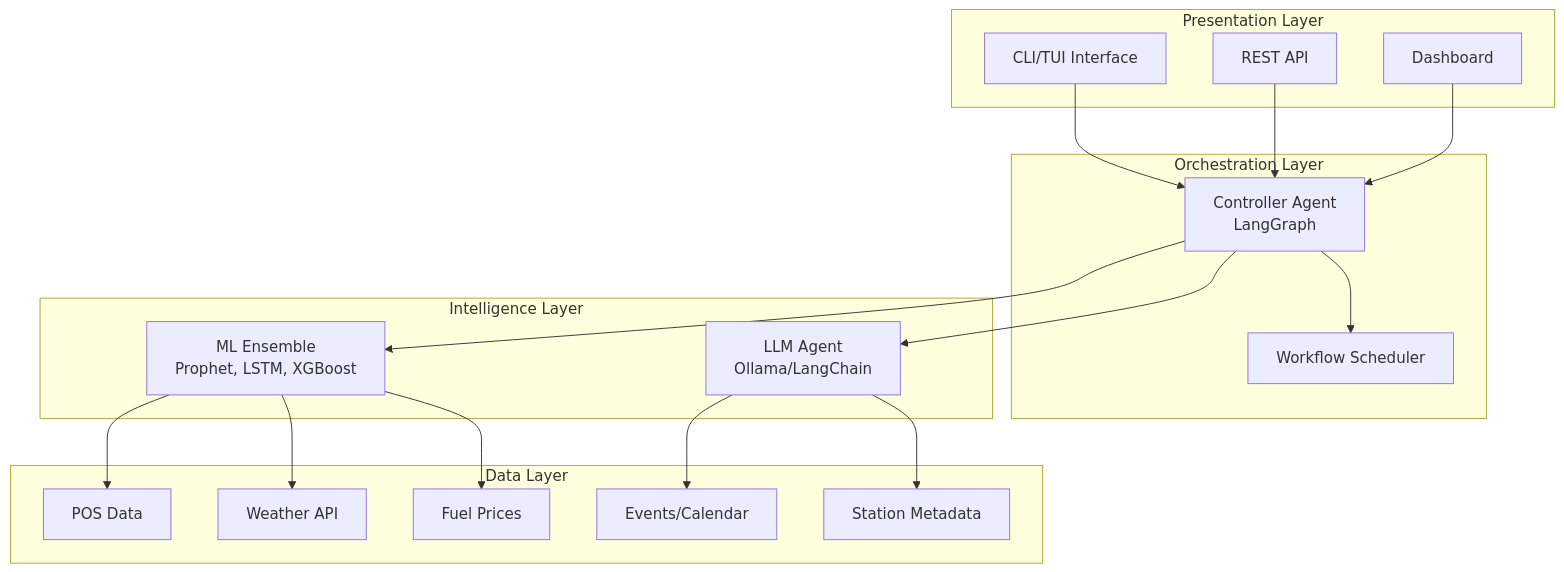
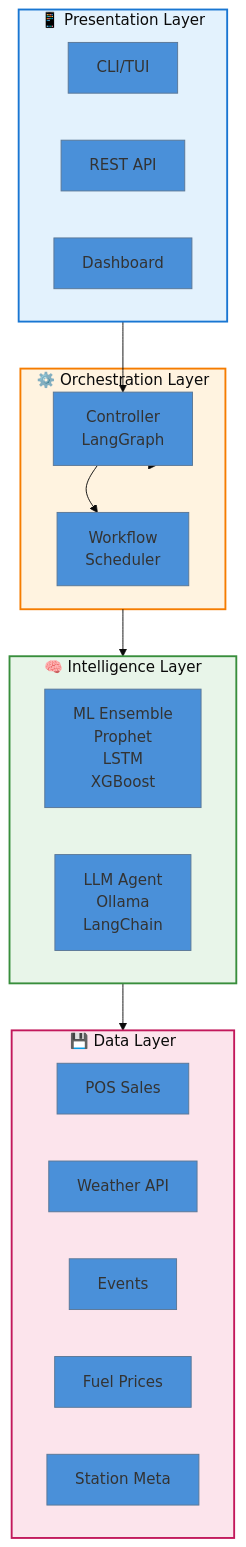
Before and after one commit to project-merlin-00/cysmic-fuel-forecasting: the first of 5 diagrams in docs/architecture.md, drawn with Mermaid. The commit also changed other lines of this file, not shown here.

Commit message:
Update architecture diagrams with styled Mermaid

````diff
--- a/docs/architecture.md
+++ b/docs/architecture.md
@@ -9,41 +9,42 @@
 ```mermaid
+%%{init: {'theme': 'base', 'themeVariables': { 'primaryColor': '#4a90d9', 'edgeLabelBackground':'#ffffff', 'tertiaryColor': '#f5f5f5'}}}%%
 flowchart TB
-    subgraph "Presentation Layer"
-        CLI[CLI/TUI Interface]
+    subgraph Presentation["📱 Presentation Layer"]
+        direction LR
+        CLI[CLI/TUI]
         API[REST API]
         Dashboard[Dashboard]
     end
     
-    subgraph "Orchestration Layer"
-        Controller[Controller Agent<br/>LangGraph]
-        Scheduler[Workflow Scheduler]
+    subgraph Orchestration["⚙️ Orchestration Layer"]
+        Controller[Controller<br/>LangGraph]
+        Scheduler[Workflow<br/>Scheduler]
     end
     
-    subgraph "Intelligence Layer"
-        ML[ML Ensemble<br/>Prophet, LSTM, XGBoost]
-        LLM[LLM Agent<br/>Ollama/LangChain]
+    subgraph Intelligence["🧠 Intelligence Layer"]
+        direction LR
+        ML[ML Ensemble<br/>Prophet<br/>LSTM<br/>XGBoost]
+        LLM[LLM Agent<br/>Ollama<br/>LangChain]
     end
     
-    subgraph "Data Layer"
-        POS[POS Data]
+    subgraph Data["💾 Data Layer"]
+        direction LR
+        POS[POS Sales]
         Weather[Weather API]
-        Events[Events/Calendar]
+        Events[Events]
         Prices[Fuel Prices]
-        Stations[Station Metadata]
+        Stations[Station Meta]
     end
     
-    CLI --> Controller
-    API --> Controller
-    Dashboard --> Controller
+    Presentation --> Controller
+    Controller --> Orchestration
+    Orchestration --> Intelligence
+    Intelligence --> Data
     
-    Controller --> ML
-    Controller --> LLM
     Controller --> Scheduler
     
-    ML --> POS
-    ML --> Weather
-    ML --> Prices
-    
-    LLM --> Events
-    LLM --> Stations
+    style Presentation fill:#e3f2fd,stroke:#1976d2,stroke-width:2px
+    style Orchestration fill:#fff3e0,stroke:#f57c00,stroke-width:2px
+    style Intelligence fill:#e8f5e9,stroke:#388e3c,stroke-width:2px
+    style Data fill:#fce4ec,stroke:#c2185b,stroke-width:2px
 ```
````
